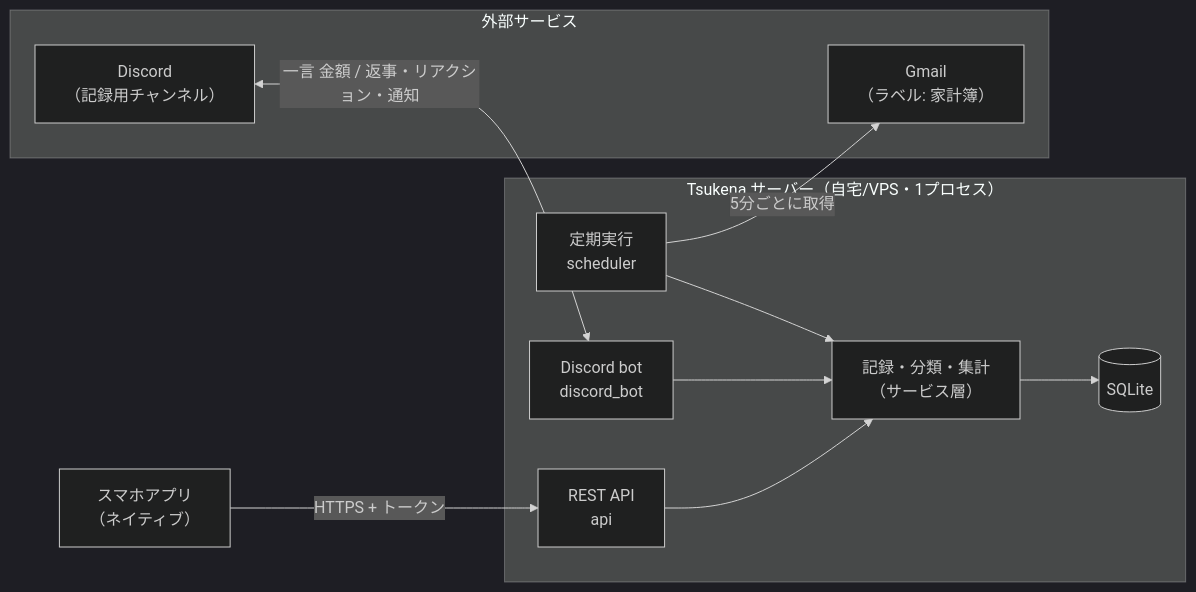
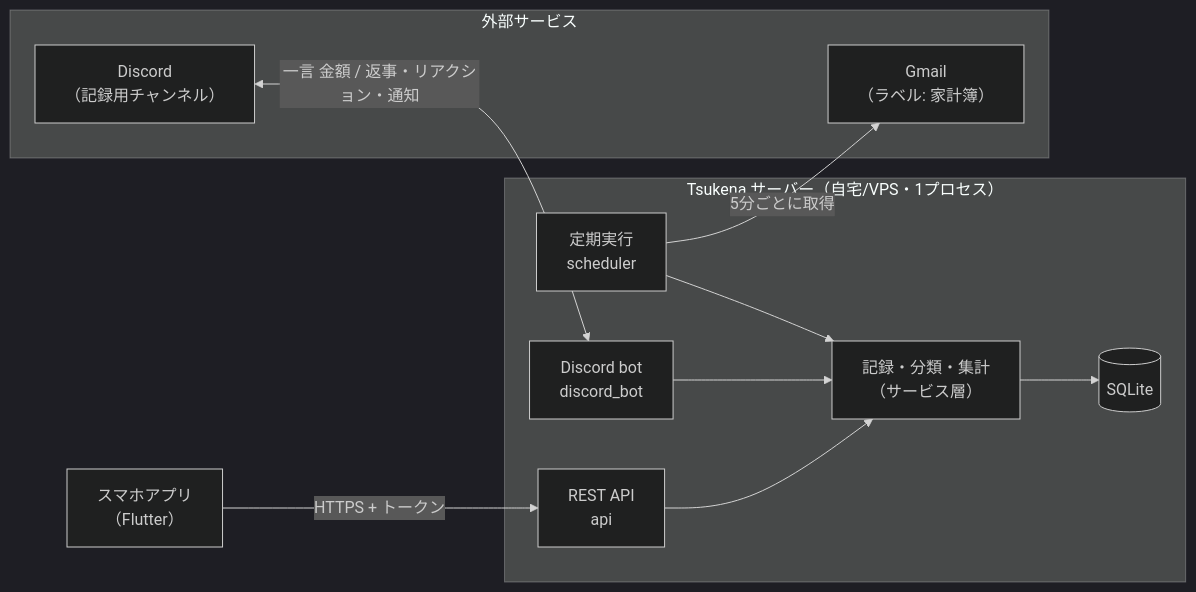
Before and after one commit to Yokochi513/Tsukena: the first of 4 diagrams in docs/design.md, drawn with Mermaid (dark theme). The commit also changed other lines of this file and 2 other files, not shown here.

````diff
--- a/docs/design.md
+++ b/docs/design.md
@@ -26,25 +27,25 @@
 ```mermaid
 flowchart LR
     subgraph EXT["外部サービス"]
         GM["Gmail<br/>（ラベル: 家計簿）"]
         DC["Discord<br/>（記録用チャンネル）"]
     end
 
     subgraph SV["Tsukena サーバー（自宅/VPS・1プロセス）"]
         SCH["定期実行<br/>scheduler"]
         BOT["Discord bot<br/>discord_bot"]
         API["REST API<br/>api"]
         SVC["記録・分類・集計<br/>（サービス層）"]
         DB[("SQLite")]
     end
 
-    APP["スマホアプリ<br/>（ネイティブ）"]
+    APP["スマホアプリ<br/>（Flutter）"]
 
     SCH -->|"5分ごとに取得"| GM
     DC <-->|"一言 金額 / 返事・リアクション・通知"| BOT
     APP -->|"HTTPS + トークン"| API
     SCH --> SVC
     BOT --> SVC
     API --> SVC
     SVC --> DB
 ```
````
